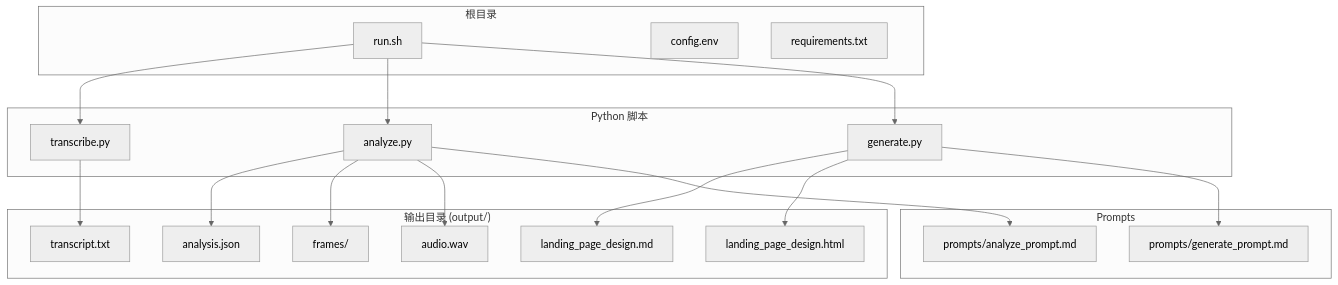
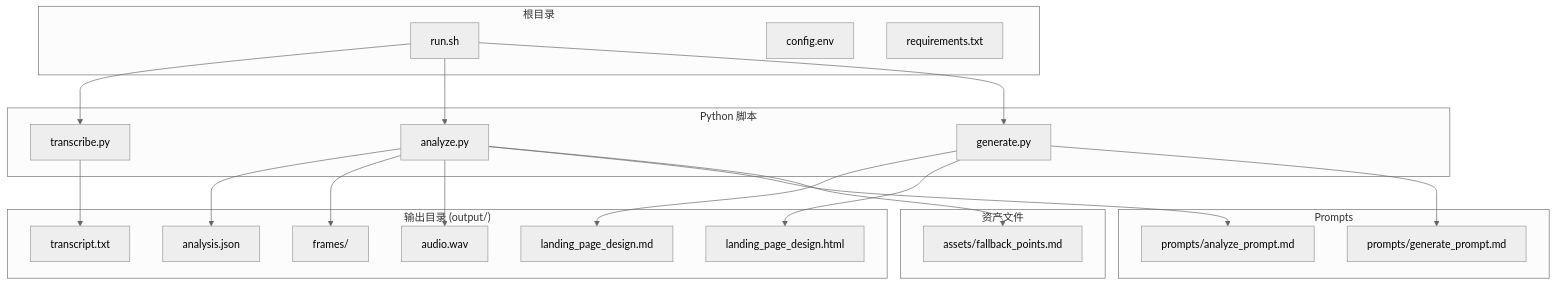
Before and after one commit to WongMingJiu/landingpage-test-hero-page: the first of 7 diagrams in .qoder/repowiki/zh/content/核心模块详解/多模态分析模块.md, drawn with Mermaid (neutral theme). The commit also changed other lines of this file and 6 other files, not shown here.

````diff
--- a/.qoder/repowiki/zh/content/核心模块详解/多模态分析模块.md
+++ b/.qoder/repowiki/zh/content/核心模块详解/多模态分析模块.md
@@ -36,36 +39,40 @@
 ```mermaid
 graph TB
 subgraph "根目录"
 RUN[run.sh]
 CONFIG[config.env]
 REQ[requirements.txt]
 end
 subgraph "Python 脚本"
 TRANS[transcribe.py]
 ANALYZE[analyze.py]
 GENERATE[generate.py]
 end
 subgraph "Prompts"
 APROMPT[prompts/analyze_prompt.md]
 GPROMPT[prompts/generate_prompt.md]
+end
+subgraph "资产文件"
+FBP[assets/fallback_points.md]
 end
 subgraph "输出目录 (output/)"
 FRAMES[frames/]
 AUDIO[audio.wav]
 TRANSCRIPT[transcript.txt]
 ANALYSIS[analysis.json]
 DESIGN[landing_page_design.md]
 HTML[landing_page_design.html]
 end
 RUN --> TRANS
 RUN --> ANALYZE
 RUN --> GENERATE
 TRANS --> TRANSCRIPT
 ANALYZE --> ANALYSIS
 GENERATE --> DESIGN
 GENERATE --> HTML
 ANALYZE --> FRAMES
 ANALYZE --> AUDIO
 ANALYZE --> APROMPT
+ANALYZE --> FBP
 GENERATE --> GPROMPT
 ```
````
